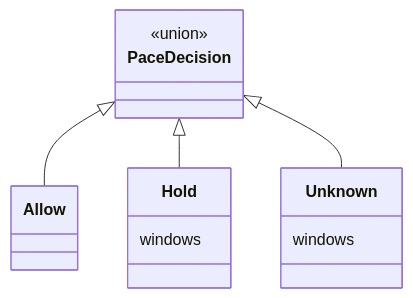
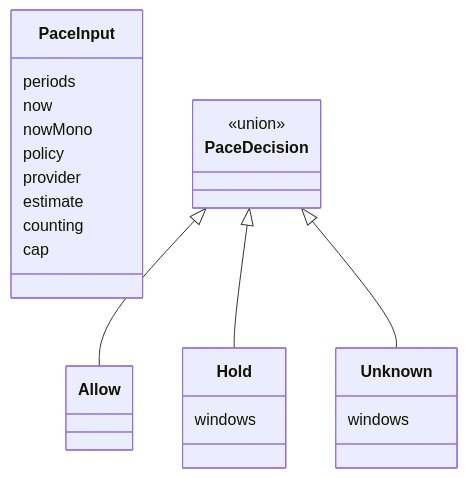
One commit to Ethan826/foreman changed the second of 3 diagrams in src/features/README.md. Above: the diagram before and after it, drawn with Mermaid. The commit also changed other lines of this file and 5 other files, not shown here.

````diff
--- a/src/features/README.md
+++ b/src/features/README.md
@@ -13,16 +31,26 @@
 ```mermaid
 classDiagram
+    class PaceInput {
+        periods
+        now
+        nowMono
+        policy
+        provider
+        estimate
+        counting
+        cap
+    }
     class PaceDecision {
         <<union>>
     }
     class Allow
     class Hold {
         windows
     }
     class Unknown {
         windows
     }
     PaceDecision <|-- Allow
     PaceDecision <|-- Hold
     PaceDecision <|-- Unknown
 ```
````
